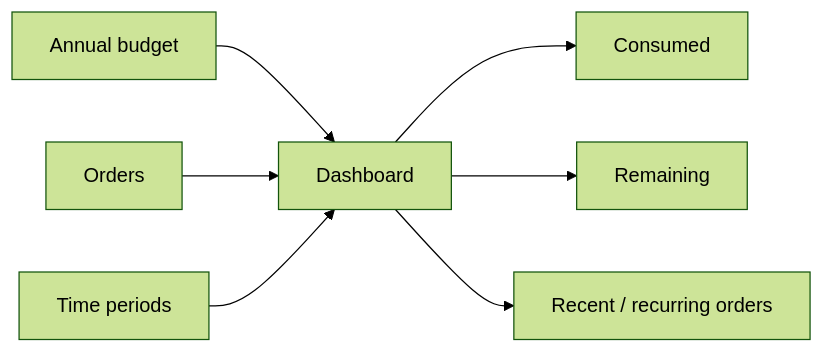
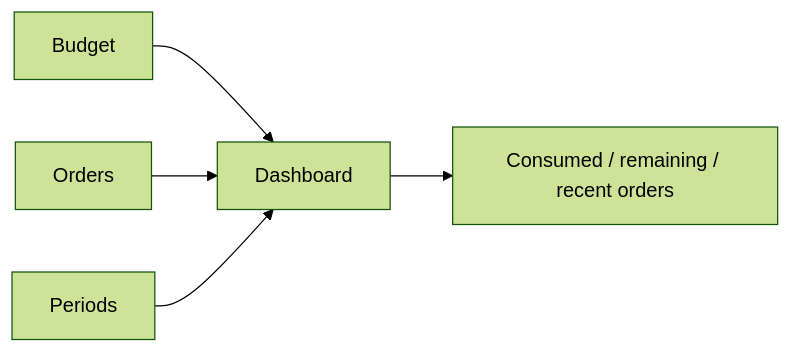
Before and after one commit to jeffersonkuku/powerbi-portfolio-projects: the first of 2 diagrams in powerbi-procurement-budget-portfolio/README.md, drawn with Mermaid (forest theme). The commit also changed other lines of this file and 5 other files, not shown here.

````diff
--- a/powerbi-procurement-budget-portfolio/README.md
+++ b/powerbi-procurement-budget-portfolio/README.md
@@ -17,9 +15,7 @@
 ```mermaid
 flowchart LR
-    A[Annual budget] --> D[Dashboard]
+    A[Budget] --> D[Dashboard]
     B[Orders] --> D
-    C[Time periods] --> D
-    D --> E[Consumed]
-    D --> F[Remaining]
-    D --> G[Recent / recurring orders]
+    C[Periods] --> D
+    D --> E[Consumed / remaining / recent orders]
 ```
````
